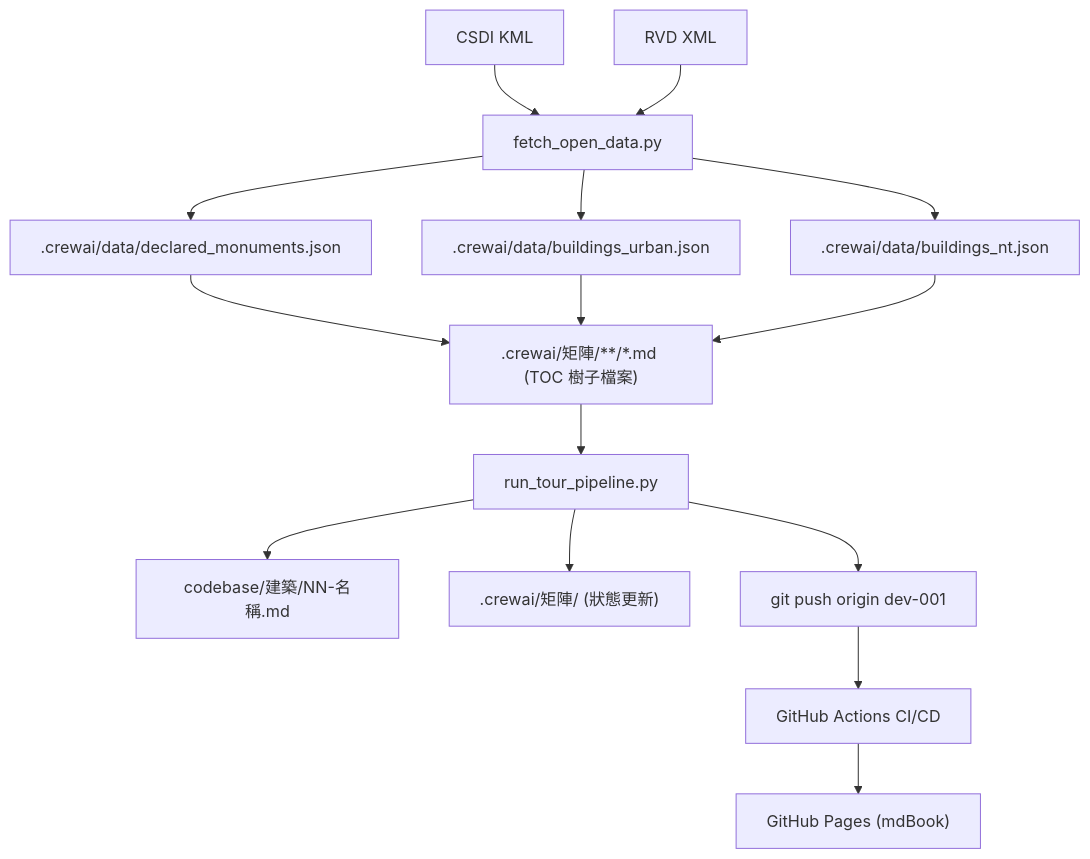
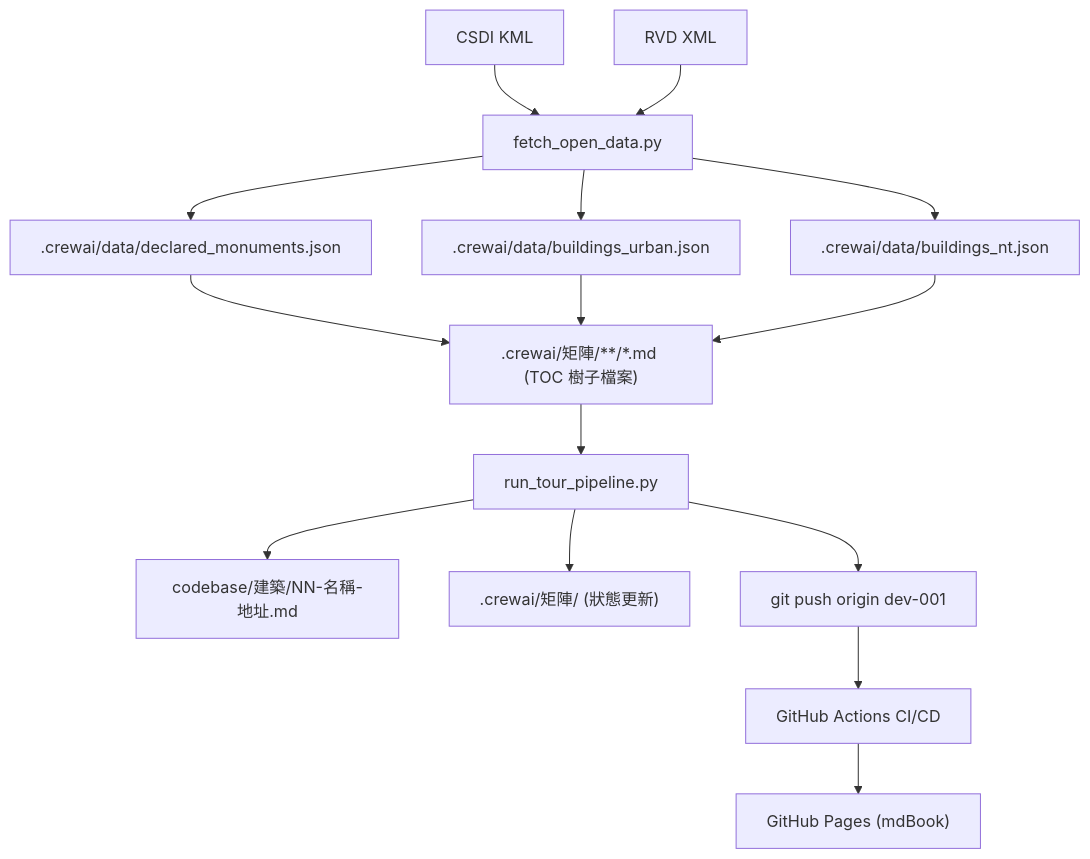
The fourth of 4 diagrams in codebase/docs/pdr.md (Mcc-Mak/hk-tour-guide), drawn with Mermaid before and after one commit. The commit also changed other lines of this file and 3831 other files, not shown here.

````diff
--- a/codebase/docs/pdr.md
+++ b/codebase/docs/pdr.md
@@ -107,21 +107,21 @@
 ```mermaid
 flowchart TB
     CSDI["CSDI KML"] --> F["fetch_open_data.py"]
     RVD["RVD XML"] --> F
     F --> D1[".crewai/data/declared_monuments.json"]
     F --> D2[".crewai/data/buildings_urban.json"]
     F --> D3[".crewai/data/buildings_nt.json"]
 
     D1 --> M[".crewai/矩陣/**/*.md (TOC 樹子檔案)"]
     D2 --> M
     D3 --> M
 
     M --> P["run_tour_pipeline.py"]
 
-    P --> H["codebase/建築/NN-名稱.md"]
+    P --> H["codebase/建築/NN-名稱-地址.md"]
     P --> MU[".crewai/矩陣/ (狀態更新)"]
     P --> GP["git push origin dev-001"]
 
     GP --> CI["GitHub Actions CI/CD"]
     CI --> PG["GitHub Pages (mdBook)"]
 ```
````
